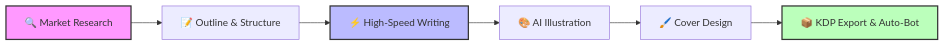
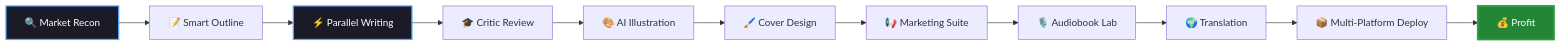
Before and after one commit to crazyrob425/KDP-E-Book-Generator: the diagram in README.md, drawn with Mermaid. The commit also changed other lines of this file, not shown here.

````diff
--- a/README.md
+++ b/README.md
@@ -28,11 +431,16 @@
 ```mermaid
 graph LR
-    A[🔍 Market Research] --> B[📝 Outline & Structure]
-    B --> C[⚡ High-Speed Writing]
-    C --> D[🎨 AI Illustration]
-    D --> E[🖌️ Cover Design]
-    E --> F[📦 KDP Export & Auto-Bot]
-    style A fill:#f9f,stroke:#333,stroke-width:2px
-    style C fill:#bbf,stroke:#333,stroke-width:2px
-    style F fill:#bfb,stroke:#333,stroke-width:2px
+    A[🔍 Market Recon] --> B[📝 Smart Outline]
+    B --> C[⚡ Parallel Writing]
+    C --> D[🎓 Critic Review]
+    D --> E[🎨 AI Illustration]
+    E --> F[🖌️ Cover Design]
+    F --> G[📢 Marketing Suite]
+    G --> H[🎙️ Audiobook Lab]
+    H --> I[🌍 Translation]
+    I --> J[📦 Multi-Platform Deploy]
+    J --> K[💰 Profit]
+    style A fill:#1a1b27,stroke:#58a6ff,stroke-width:2px,color:#fff
+    style C fill:#1a1b27,stroke:#58a6ff,stroke-width:2px,color:#fff
+    style K fill:#238636,stroke:#2ea043,stroke-width:3px,color:#fff
 ```
````
